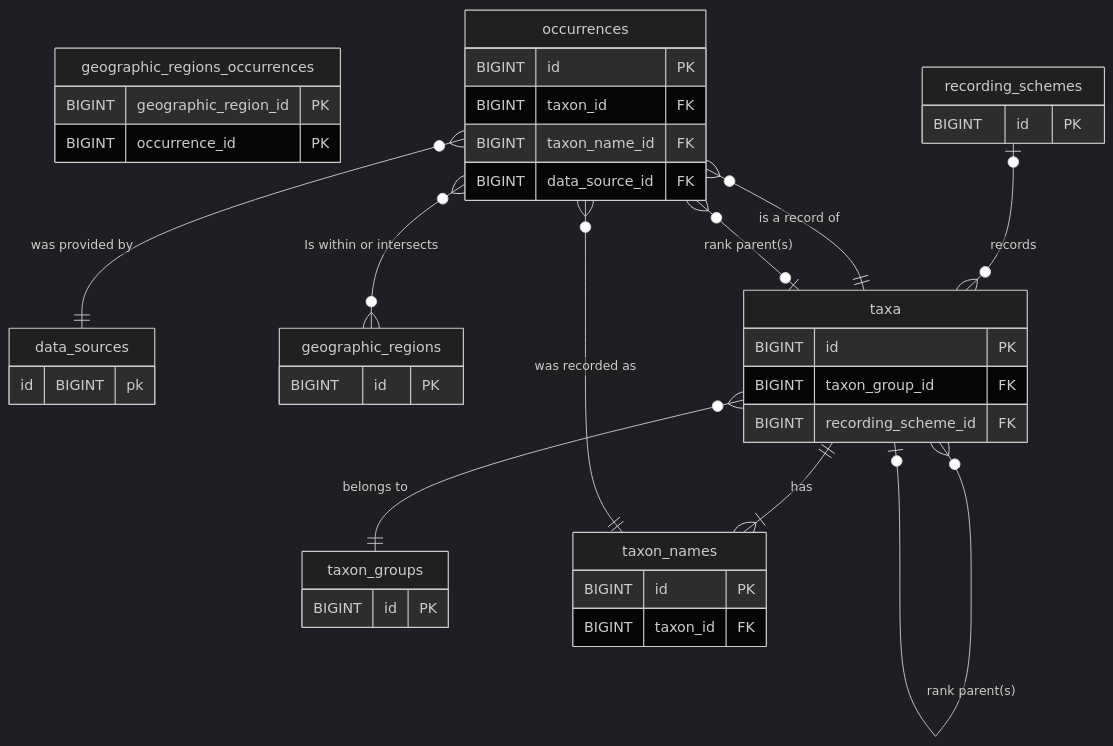
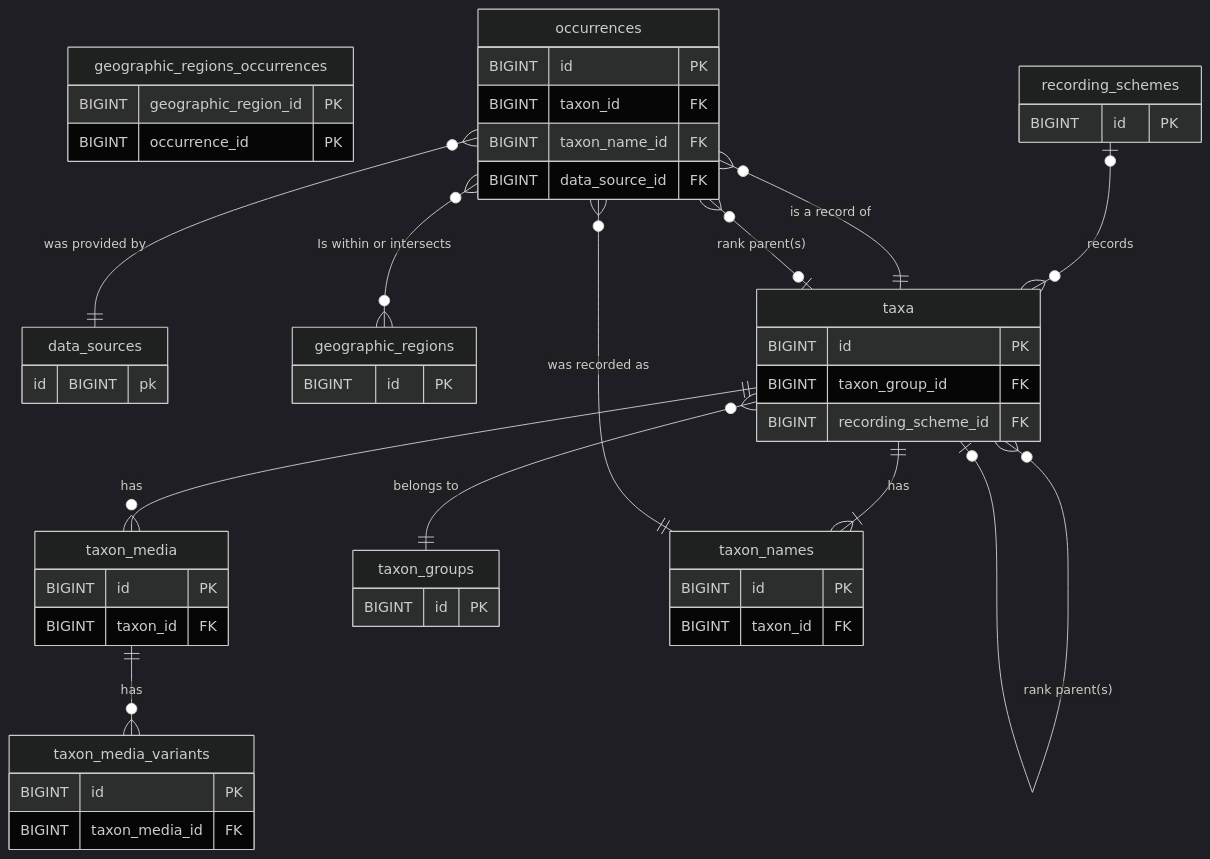
The diagram in docs/database.md (National-Museums-Liverpool/tanhub), drawn with Mermaid (dark theme) before and after one commit. The commit also changed other lines of this file and 5 other files, not shown here.

Commit message:
Docs for taxon media feature

````diff
--- a/docs/database.md
+++ b/docs/database.md
@@ -16,52 +16,64 @@
 ```mermaid
 erDiagram
   data_sources {
     id BIGINT pk
   }
 
   geographic_regions {
     BIGINT id PK
   }
 
   geographic_regions_occurrences {
     BIGINT geographic_region_id PK
     BIGINT occurrence_id PK
   }
 
   occurrences {
     BIGINT id PK
     BIGINT taxon_id FK
     BIGINT taxon_name_id FK
     BIGINT data_source_id FK
   }
 
   recording_schemes {
     BIGINT id PK
   }
 
   taxa {
     BIGINT id PK
     BIGINT taxon_group_id FK
     BIGINT recording_scheme_id FK
   }
 
+  taxon_media {
+    BIGINT id PK
+    BIGINT taxon_id FK
+  }
+
+  taxon_media_variants {
+    BIGINT id PK
+    BIGINT taxon_media_id FK
+  }
+
   taxon_groups {
     BIGINT id PK
   }
 
   taxon_names {
     BIGINT id PK
     BIGINT taxon_id FK
   }
 
   recording_schemes |o--o{ taxa: records
   taxa ||--|{ taxon_names: has
+  taxa ||--o{ taxon_media: has
+  taxon_media ||--o{ taxon_media_variants: has
   taxa }o--o| taxa: "rank parent(s)"
   taxa }o--|| taxon_groups: "belongs to"
   occurrences }o--|| data_sources: "was provided by"
   occurrences }o--o{ geographic_regions: "Is within or intersects"
   occurrences }o--|| taxa: "is a record of"
   occurrences }o--o| taxa: "rank parent(s)"
   occurrences }o--|| taxon_names: "was recorded as"
 
 ```
````
